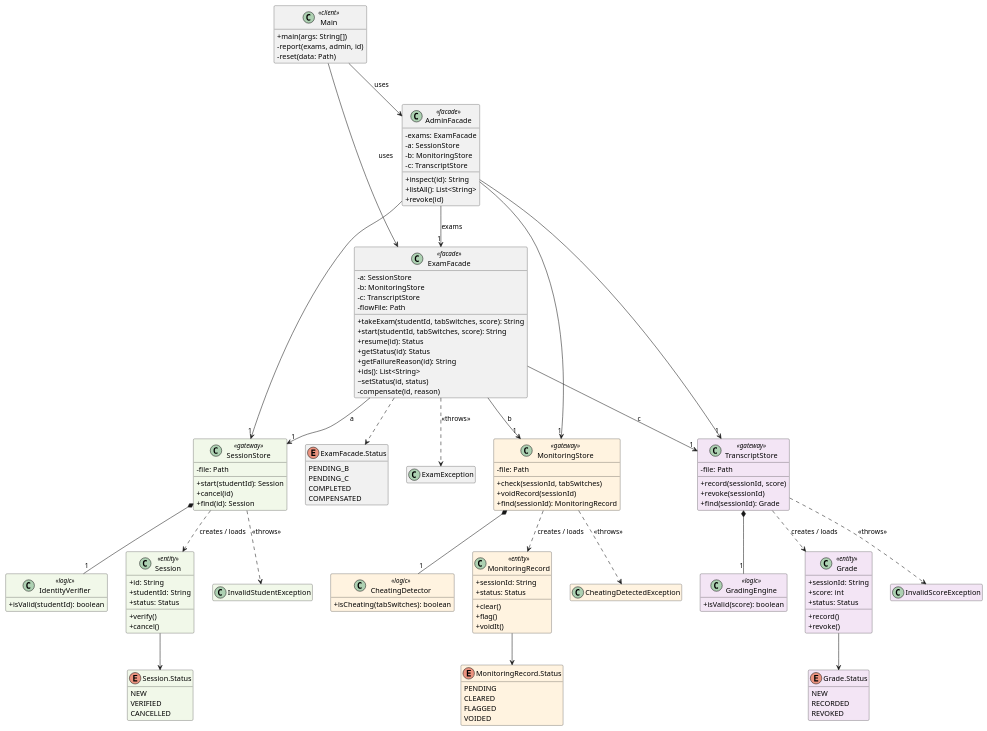
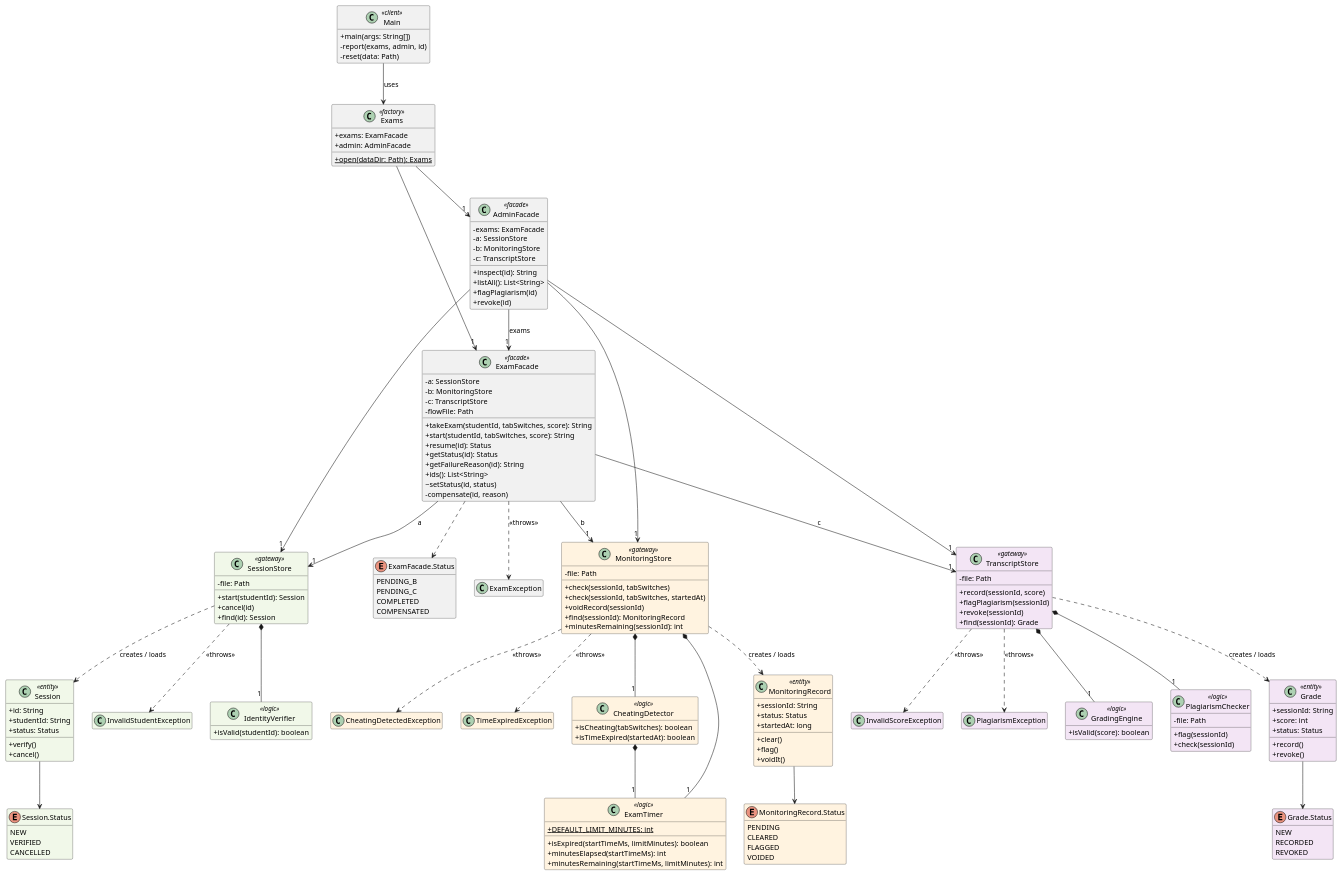
The diagram in docs/uml.puml (anommanager/sdp-assignment4), drawn with PlantUML before and after one commit. The commit also changed 12 other files, not shown here.

Commit message:
fix: guard store transitions, add PlagiarismChecker/ExamTimer, migrate flows to JSON

```diff
--- a/docs/uml.puml
+++ b/docs/uml.puml
@@ -1,140 +1,171 @@
 @startuml uml
 skinparam classAttributeIconSize 0
 skinparam shadowing false
 hide empty members
 
 class Main <<client>> {
   +main(args: String[])
   -report(exams, admin, id)
   -reset(data: Path)
+}
+
+class Exams <<factory>> {
+  +exams: ExamFacade
+  +admin: AdminFacade
+  +{static} open(dataDir: Path): Exams
 }
 
 class ExamFacade <<facade>> {
   -a: SessionStore
   -b: MonitoringStore
   -c: TranscriptStore
   -flowFile: Path
   +takeExam(studentId, tabSwitches, score): String
   +start(studentId, tabSwitches, score): String
   +resume(id): Status
   +getStatus(id): Status
   +getFailureReason(id): String
   +ids(): List<String>
   ~setStatus(id, status)
   -compensate(id, reason)
 }
 enum "ExamFacade.Status" as Status {
   PENDING_B
   PENDING_C
   COMPLETED
   COMPENSATED
 }
 class AdminFacade <<facade>> {
   -exams: ExamFacade
   -a: SessionStore
   -b: MonitoringStore
   -c: TranscriptStore
   +inspect(id): String
   +listAll(): List<String>
+  +flagPlagiarism(id)
   +revoke(id)
 }
 class ExamException
 
 class SessionStore <<gateway>> #F1F8E9 {
   -file: Path
   +start(studentId): Session
   +cancel(id)
   +find(id): Session
 }
 class IdentityVerifier <<logic>> #F1F8E9 {
   +isValid(studentId): boolean
 }
 class Session <<entity>> #F1F8E9 {
   +id: String
   +studentId: String
   +status: Status
   +verify()
   +cancel()
 }
 enum "Session.Status" as SessionStatus #F1F8E9 {
   NEW
   VERIFIED
   CANCELLED
 }
 class InvalidStudentException #F1F8E9
 
 class MonitoringStore <<gateway>> #FFF3E0 {
   -file: Path
   +check(sessionId, tabSwitches)
+  +check(sessionId, tabSwitches, startedAt)
   +voidRecord(sessionId)
   +find(sessionId): MonitoringRecord
+  +minutesRemaining(sessionId): int
 }
 class CheatingDetector <<logic>> #FFF3E0 {
   +isCheating(tabSwitches): boolean
+  +isTimeExpired(startedAt): boolean
+}
+class ExamTimer <<logic>> #FFF3E0 {
+  +{static} DEFAULT_LIMIT_MINUTES: int
+  +isExpired(startTimeMs, limitMinutes): boolean
+  +minutesElapsed(startTimeMs): int
+  +minutesRemaining(startTimeMs, limitMinutes): int
 }
 class MonitoringRecord <<entity>> #FFF3E0 {
   +sessionId: String
   +status: Status
+  +startedAt: long
   +clear()
   +flag()
   +voidIt()
 }
 enum "MonitoringRecord.Status" as MonitoringStatus #FFF3E0 {
   PENDING
   CLEARED
   FLAGGED
   VOIDED
 }
 class CheatingDetectedException #FFF3E0
+class TimeExpiredException #FFF3E0
 
 class TranscriptStore <<gateway>> #F3E5F5 {
   -file: Path
   +record(sessionId, score)
+  +flagPlagiarism(sessionId)
   +revoke(sessionId)
   +find(sessionId): Grade
 }
 class GradingEngine <<logic>> #F3E5F5 {
   +isValid(score): boolean
+}
+class PlagiarismChecker <<logic>> #F3E5F5 {
+  -file: Path
+  +flag(sessionId)
+  +check(sessionId)
 }
 class Grade <<entity>> #F3E5F5 {
   +sessionId: String
   +score: int
   +status: Status
   +record()
   +revoke()
 }
 enum "Grade.Status" as GradeStatus #F3E5F5 {
   NEW
   RECORDED
   REVOKED
 }
 class InvalidScoreException #F3E5F5
+class PlagiarismException #F3E5F5
 
-Main --> ExamFacade : uses
-Main --> AdminFacade : uses
+Main --> Exams : uses
+Exams --> "1" ExamFacade
+Exams --> "1" AdminFacade
 AdminFacade --> "1" ExamFacade : exams
 ExamFacade ..> Status
 ExamFacade ..> ExamException : <<throws>>
 
 ExamFacade --> "1" SessionStore : a
 ExamFacade --> "1" MonitoringStore : b
 ExamFacade --> "1" TranscriptStore : c
 AdminFacade --> "1" SessionStore
 AdminFacade --> "1" MonitoringStore
 AdminFacade --> "1" TranscriptStore
 
 SessionStore *-- "1" IdentityVerifier
 SessionStore ..> Session : creates / loads
 SessionStore ..> InvalidStudentException : <<throws>>
 Session --> SessionStatus
 
 MonitoringStore *-- "1" CheatingDetector
+MonitoringStore *-- "1" ExamTimer
 MonitoringStore ..> MonitoringRecord : creates / loads
 MonitoringStore ..> CheatingDetectedException : <<throws>>
+MonitoringStore ..> TimeExpiredException : <<throws>>
 MonitoringRecord --> MonitoringStatus
+CheatingDetector *-- "1" ExamTimer
 
 TranscriptStore *-- "1" GradingEngine
+TranscriptStore *-- "1" PlagiarismChecker
 TranscriptStore ..> Grade : creates / loads
 TranscriptStore ..> InvalidScoreException : <<throws>>
+TranscriptStore ..> PlagiarismException : <<throws>>
 Grade --> GradeStatus
 @enduml
```
